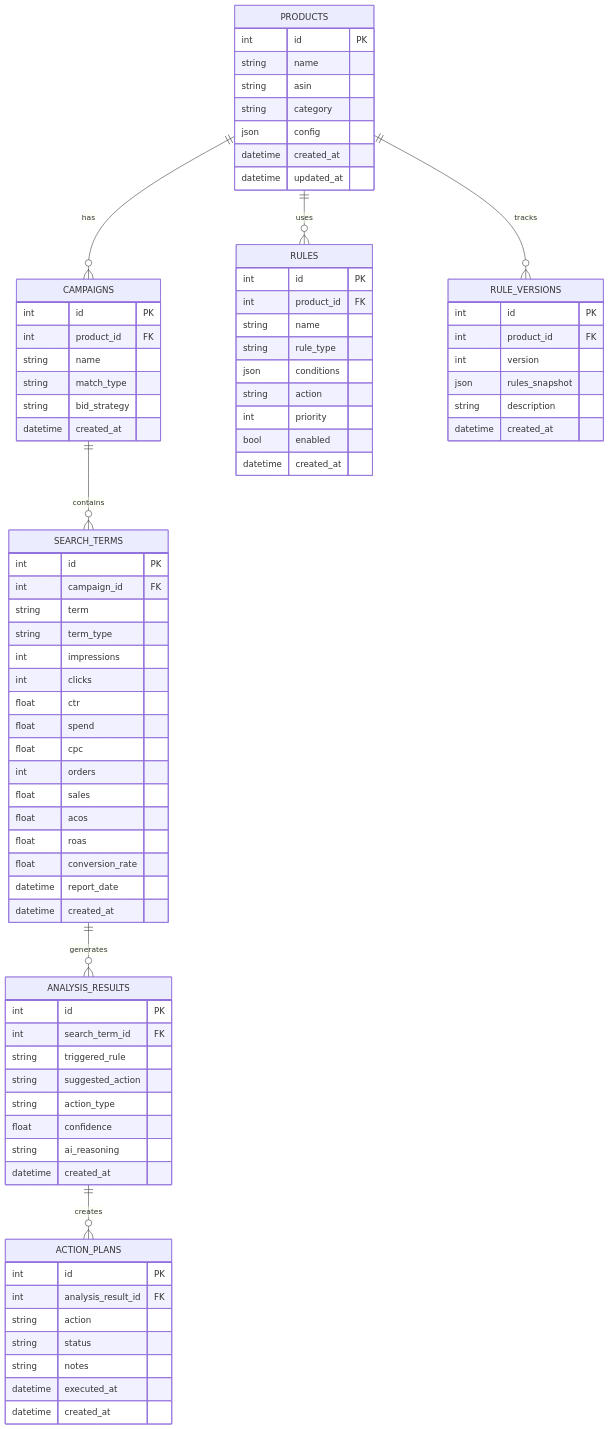
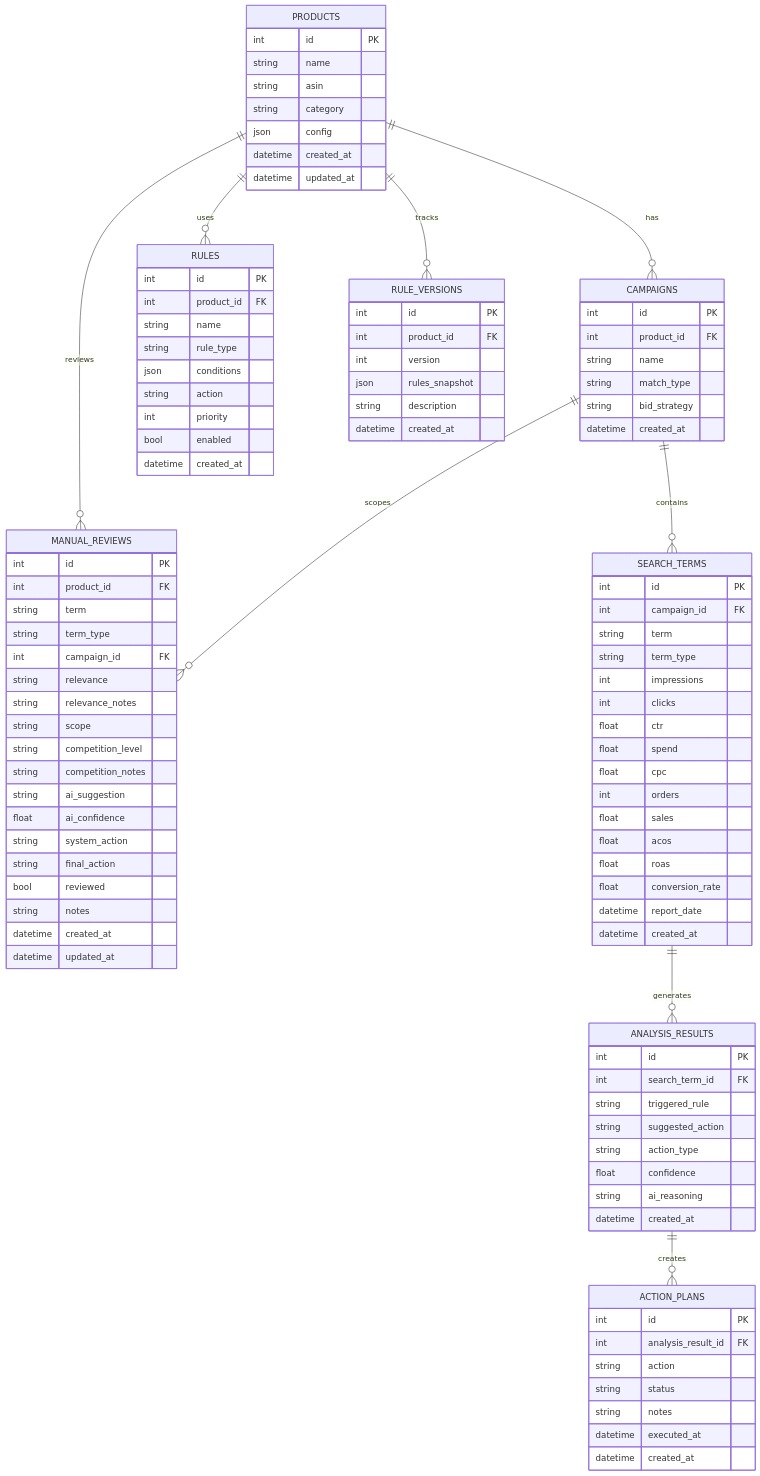
The first of 4 diagrams in docs/Design.md (Wekhoh/Zeoprix-AMZ-ST-ALY-SYSTEM), drawn with Mermaid before and after one commit. The commit also changed other lines of this file and 12 other files, not shown here.

````diff
--- a/docs/Design.md
+++ b/docs/Design.md
@@ -125,7 +133,9 @@
     PRODUCTS ||--o{ CAMPAIGNS : has
     PRODUCTS ||--o{ RULES : uses
     PRODUCTS ||--o{ RULE_VERSIONS : tracks
+    PRODUCTS ||--o{ MANUAL_REVIEWS : reviews
     CAMPAIGNS ||--o{ SEARCH_TERMS : contains
+    CAMPAIGNS ||--o{ MANUAL_REVIEWS : scopes
     SEARCH_TERMS ||--o{ ANALYSIS_RESULTS : generates
     ANALYSIS_RESULTS ||--o{ ACTION_PLANS : creates
 
@@ -208,4 +218,25 @@
         datetime executed_at
         datetime created_at
     }
+
+    MANUAL_REVIEWS {
+        int id PK
+        int product_id FK
+        string term
+        string term_type
+        int campaign_id FK
+        string relevance
+        string relevance_notes
+        string scope
+        string competition_level
+        string competition_notes
+        string ai_suggestion
+        float ai_confidence
+        string system_action
+        string final_action
+        bool reviewed
+        string notes
+        datetime created_at
+        datetime updated_at
+    }
 ```
````
